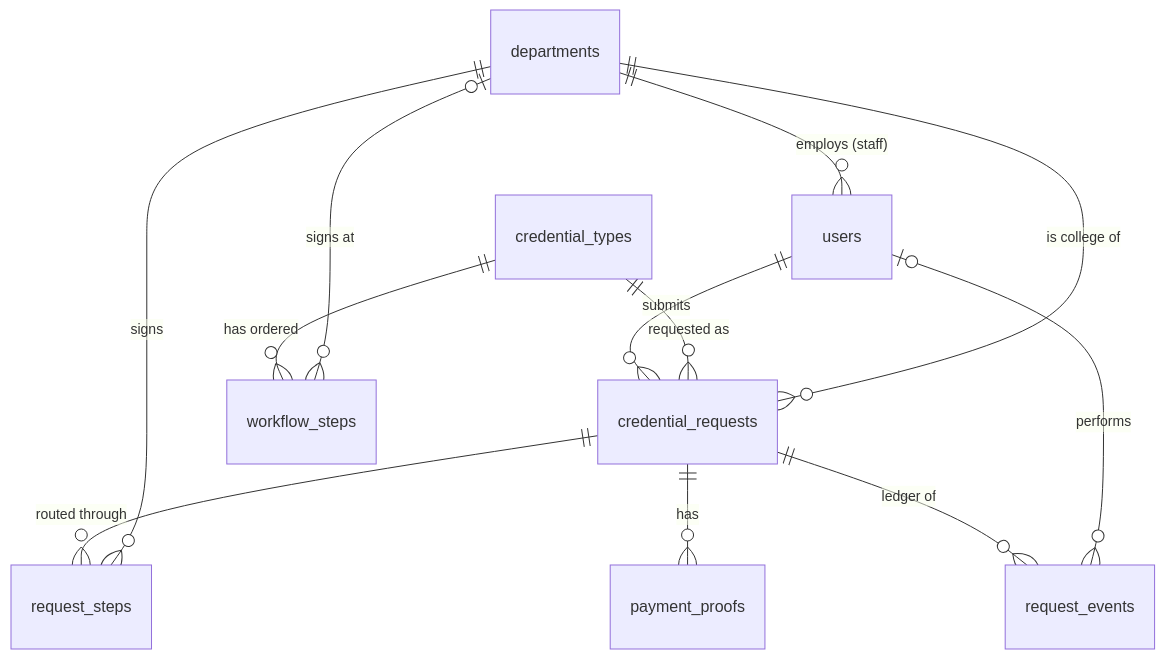
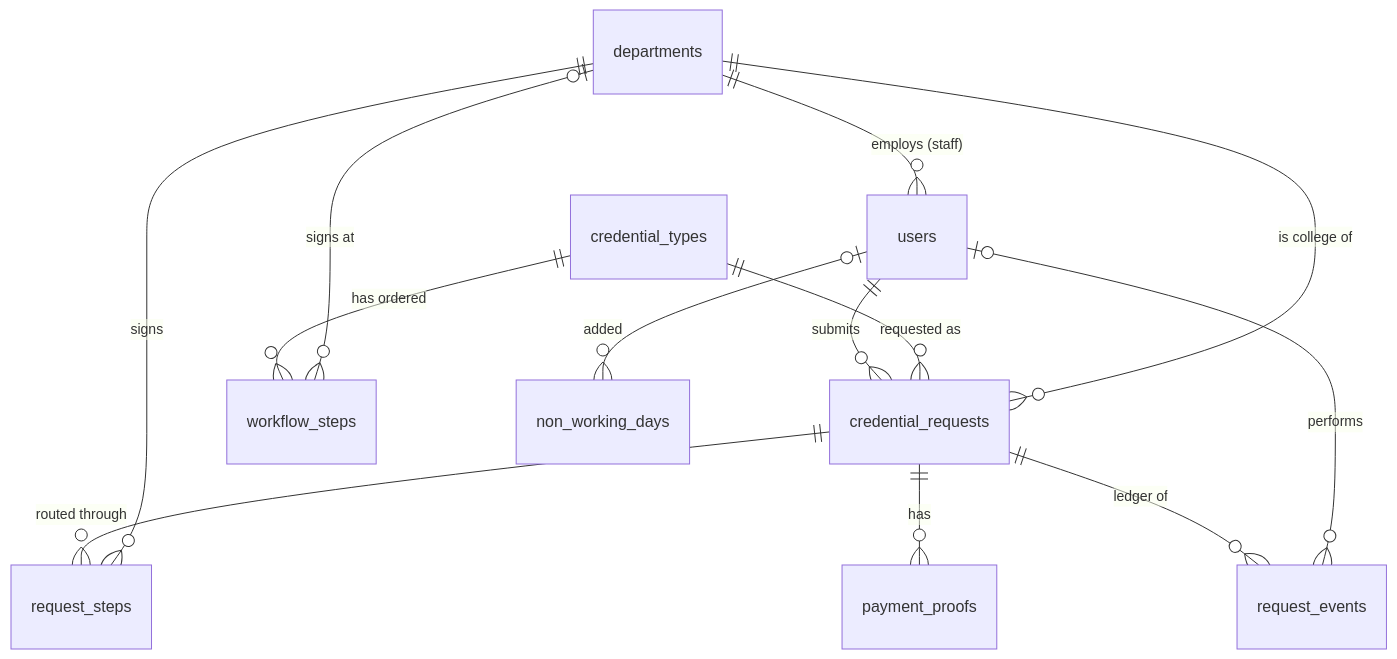
The diagram in docs/data-dictionary.md (ZyrusAlvez/Online-Academic-Credential-Request), drawn with Mermaid before and after one commit. The commit also changed other lines of this file and 21 other files, not shown here.

````diff
--- a/docs/data-dictionary.md
+++ b/docs/data-dictionary.md
@@ -13,14 +13,15 @@
 ```mermaid
 erDiagram
     departments ||--o{ users : "employs (staff)"
     users ||--o{ credential_requests : submits
     credential_types ||--o{ workflow_steps : "has ordered"
     departments |o--o{ workflow_steps : "signs at"
     credential_types ||--o{ credential_requests : "requested as"
     departments ||--o{ credential_requests : "is college of"
     credential_requests ||--o{ request_steps : "routed through"
     departments ||--o{ request_steps : signs
     credential_requests ||--o{ payment_proofs : has
     credential_requests ||--o{ request_events : "ledger of"
     users |o--o{ request_events : performs
+    users |o--o{ non_working_days : "added"
 ```
````
